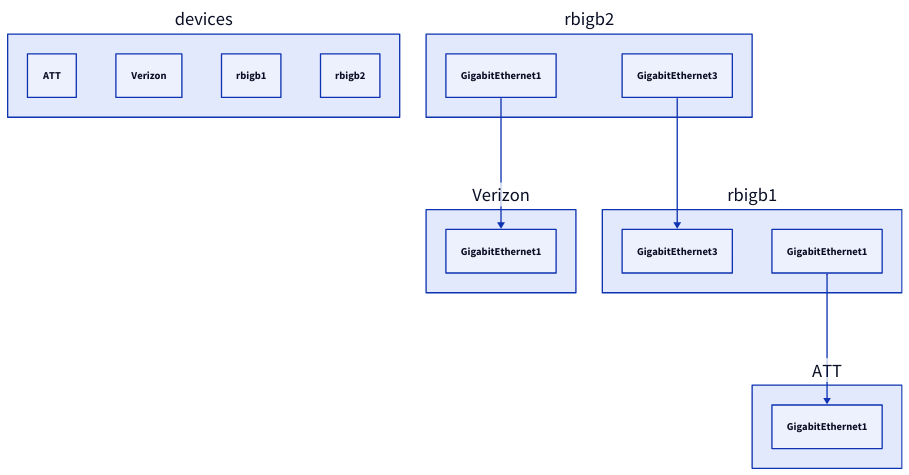
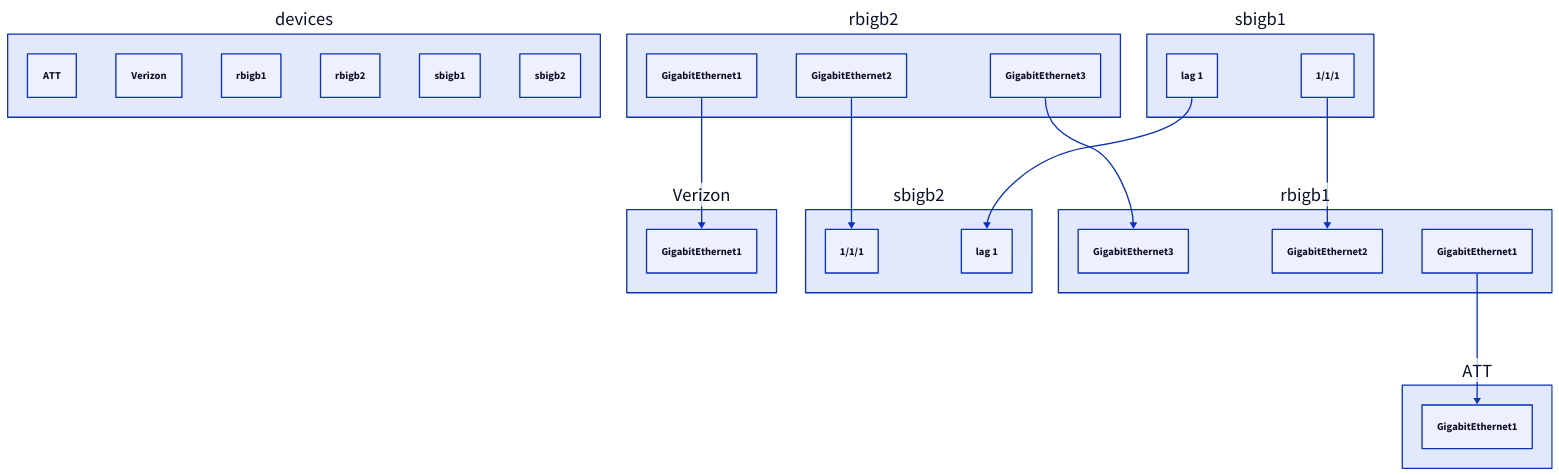
Before and after one commit to jtbwatson/network-topology-app: the diagram in sites/gns3-lab/main.d2, drawn with D2. The commit also changed 9 other files, not shown here.

First line of the commit message:
Add GNS3 lab topology with config parser and LAG support

```diff
--- a/sites/gns3-lab/main.d2
+++ b/sites/gns3-lab/main.d2
@@ -1,19 +1,24 @@
-# GNS3 Lab Network Topology
+# GNS3 Lab Network
 # Location: Lab Environment
-# Description: Auto-generated from GNS3 device configurations
-# Device Count: 4 devices
+# Description: Auto-generated from device configurations
+# Device Count: 6 devices
 
 # Device List - Individual device configurations are in separate .d2 files
 devices: {
   ATT
   Verizon
   rbigb1
   rbigb2
+  sbigb1
+  sbigb2
 }
 
 # Connection Topology - All site connections defined here
 # This prevents duplicate connections across device files
 
 rbigb2.GigabitEthernet1 -> Verizon.GigabitEthernet1
+rbigb2.GigabitEthernet2 -> sbigb2.1/1/1
 rbigb2.GigabitEthernet3 -> rbigb1.GigabitEthernet3
+sbigb1.lag 1 -> sbigb2.lag 1
+sbigb1.1/1/1 -> rbigb1.GigabitEthernet2
 rbigb1.GigabitEthernet1 -> ATT.GigabitEthernet1
```
